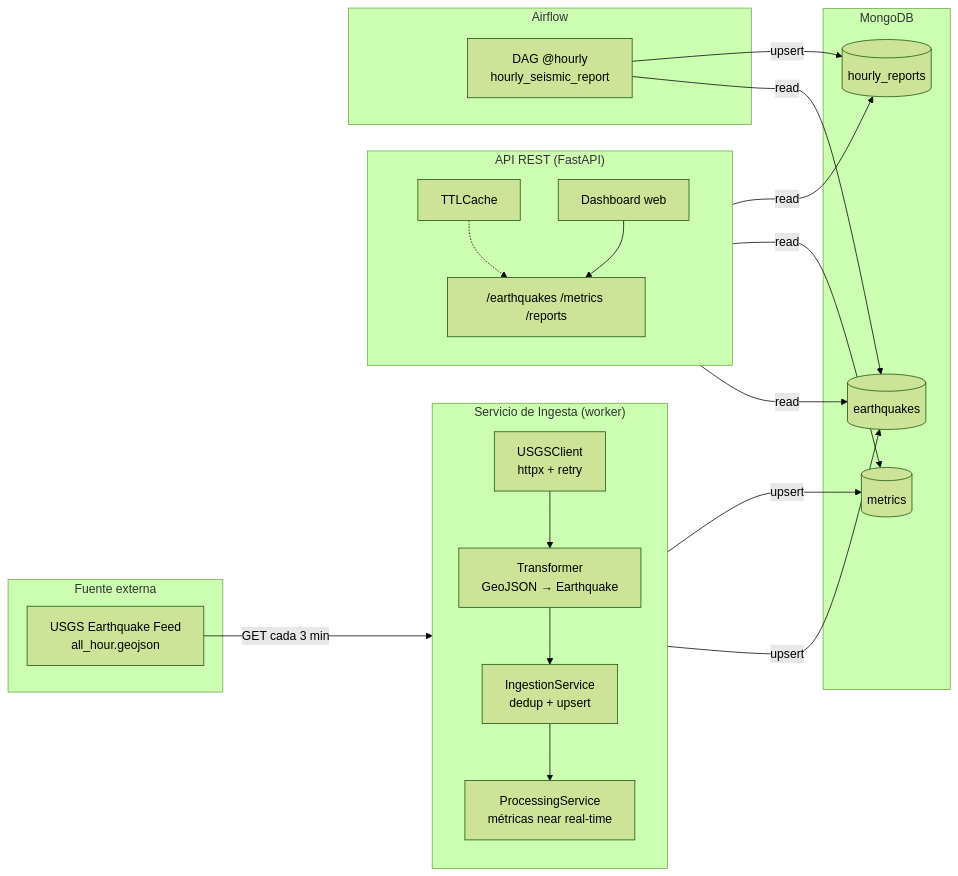
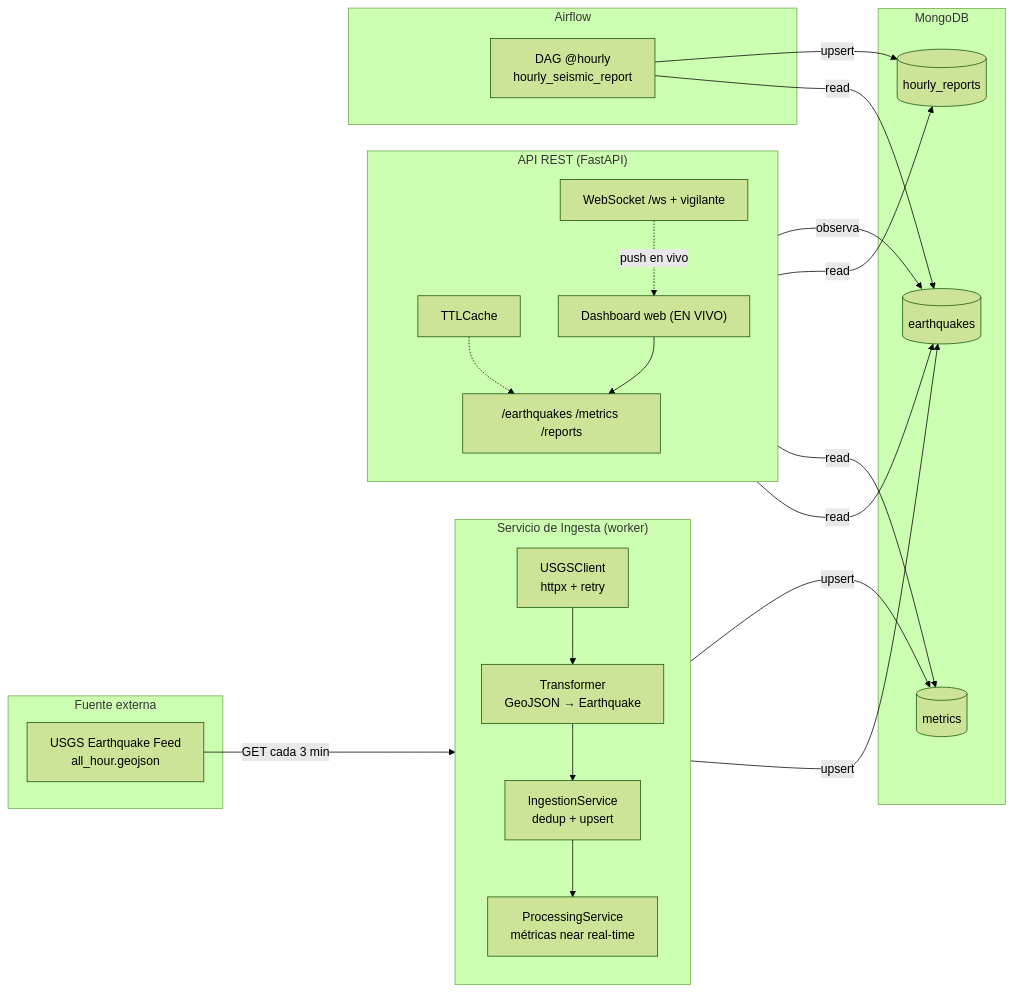
The diagram in docs/architecture.md (victor1736/entrega), drawn with Mermaid (forest theme) before and after one commit. The commit also changed other lines of this file and 8 other files, not shown here.

First line of the commit message:
feat: actualizacion en tiempo real por WebSocket (dashboard en vivo)

````diff
--- a/docs/architecture.md
+++ b/docs/architecture.md
@@ -5,40 +5,43 @@
 ```mermaid
 flowchart LR
     subgraph EXT["Fuente externa"]
         USGS["USGS Earthquake Feed<br/>all_hour.geojson"]
     end
 
     subgraph ING["Servicio de Ingesta (worker)"]
         direction TB
         CLIENT["USGSClient<br/>httpx + retry"]
         TRANSF["Transformer<br/>GeoJSON → Earthquake"]
         INGSVC["IngestionService<br/>dedup + upsert"]
         PROC["ProcessingService<br/>métricas near real-time"]
     end
 
     subgraph API["API REST (FastAPI)"]
         direction TB
         ROUTES["/earthquakes /metrics /reports"]
-        DASH["Dashboard web"]
+        WS["WebSocket /ws + vigilante"]
+        DASH["Dashboard web (EN VIVO)"]
         CACHE["TTLCache"]
     end
 
     subgraph AF["Airflow"]
         DAG["DAG @hourly<br/>hourly_seismic_report"]
     end
 
     subgraph DB["MongoDB"]
         C1[("earthquakes")]
         C2[("metrics")]
         C3[("hourly_reports")]
     end
 
     USGS -->|GET cada 3 min| CLIENT --> TRANSF --> INGSVC
     INGSVC -->|upsert| C1
     INGSVC --> PROC -->|upsert| C2
     ROUTES -->|read| C1 & C2 & C3
     CACHE -.-> ROUTES
     DASH --> ROUTES
+    WS -->|observa| C1
+    WS -.->|push en vivo| DASH
     DAG -->|read| C1
     DAG -->|upsert| C3
 ```
````
